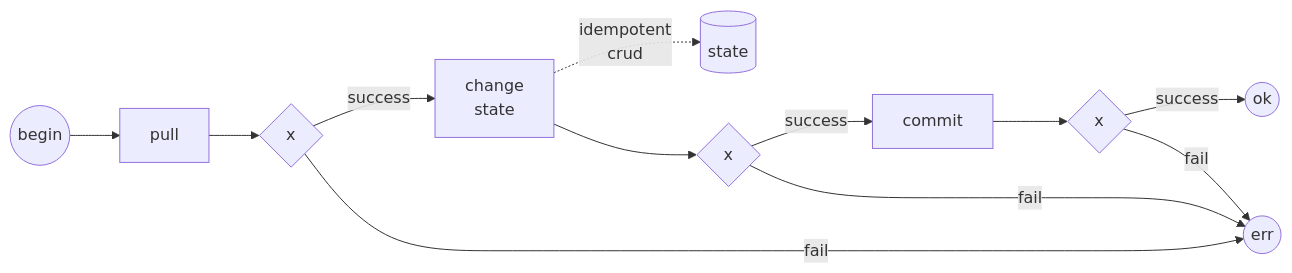
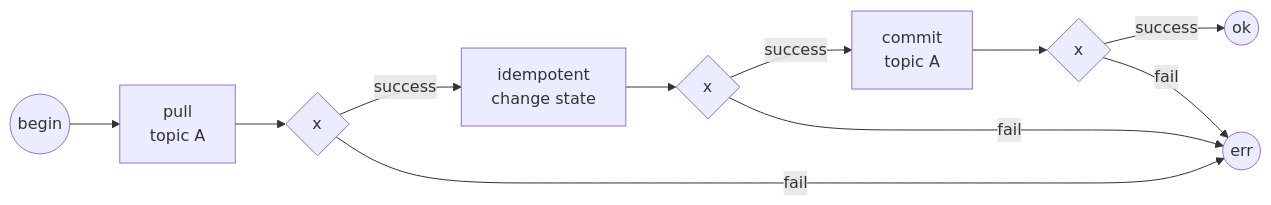
The first of 2 diagrams in ru/siama-state-storage.md (johnthesmith/scraps), drawn with Mermaid before and after one commit. The commit also changed other lines of this file, not shown here.

Commit message:
Auto commit

````diff
--- a/ru/siama-state-storage.md
+++ b/ru/siama-state-storage.md
@@ -21,24 +24,23 @@
 ```mermaid
 flowchart LR
 
 b((begin))
 e((ok))
+pull[pull<br>topic A]
+commit[commit<br>topic A]
 pull-gate{x}
 work-gate{x}
 commit-gate{x}
 error((err))
-state[(state)]
-work[change<br>state]
-
-work -.->|idempotent <br> crud| state
+work[idempotent<br>change state]
 
 b --> 
 pull --> 
 pull-gate -->|success| work --> 
 work-gate -->|success| commit --> 
 commit-gate --> |success| e
 
 pull-gate -->|fail| error
 work-gate -->|fail| error
 commit-gate -->|fail| error
 ```
````
